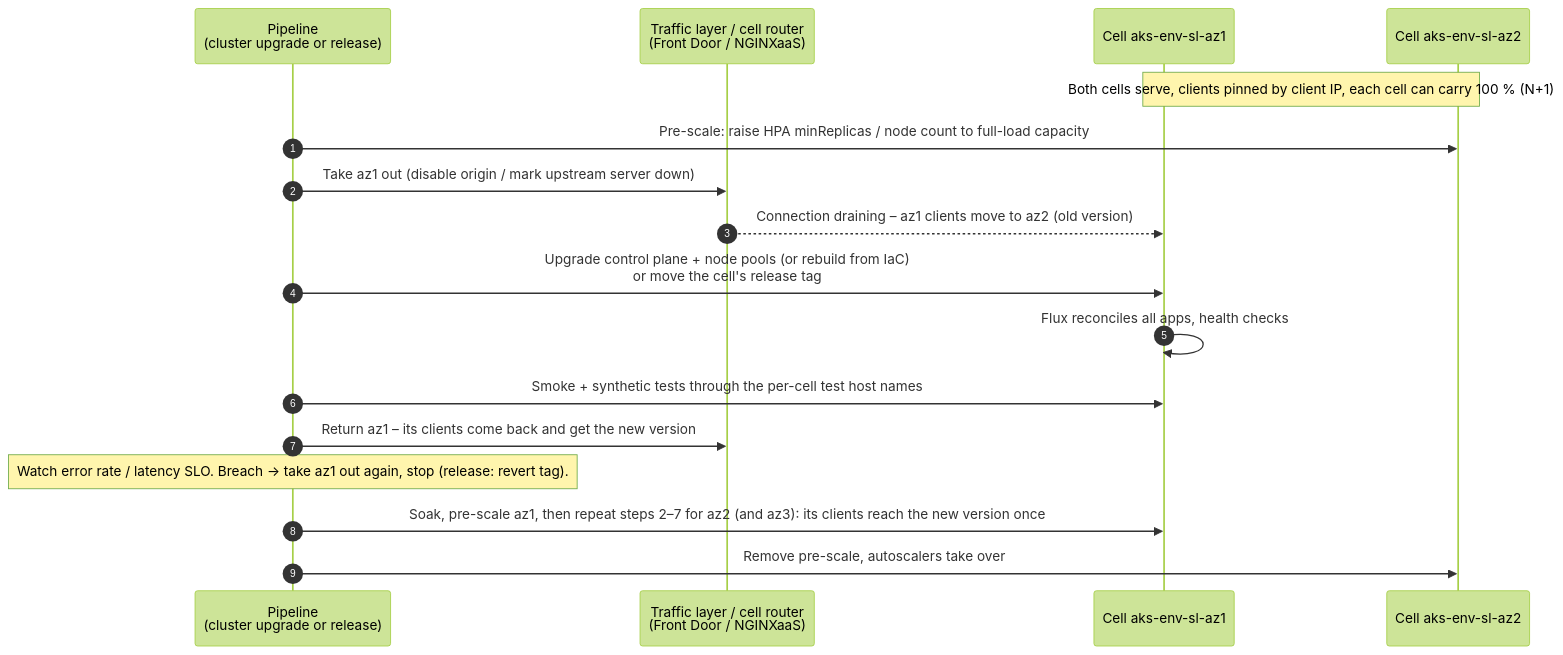
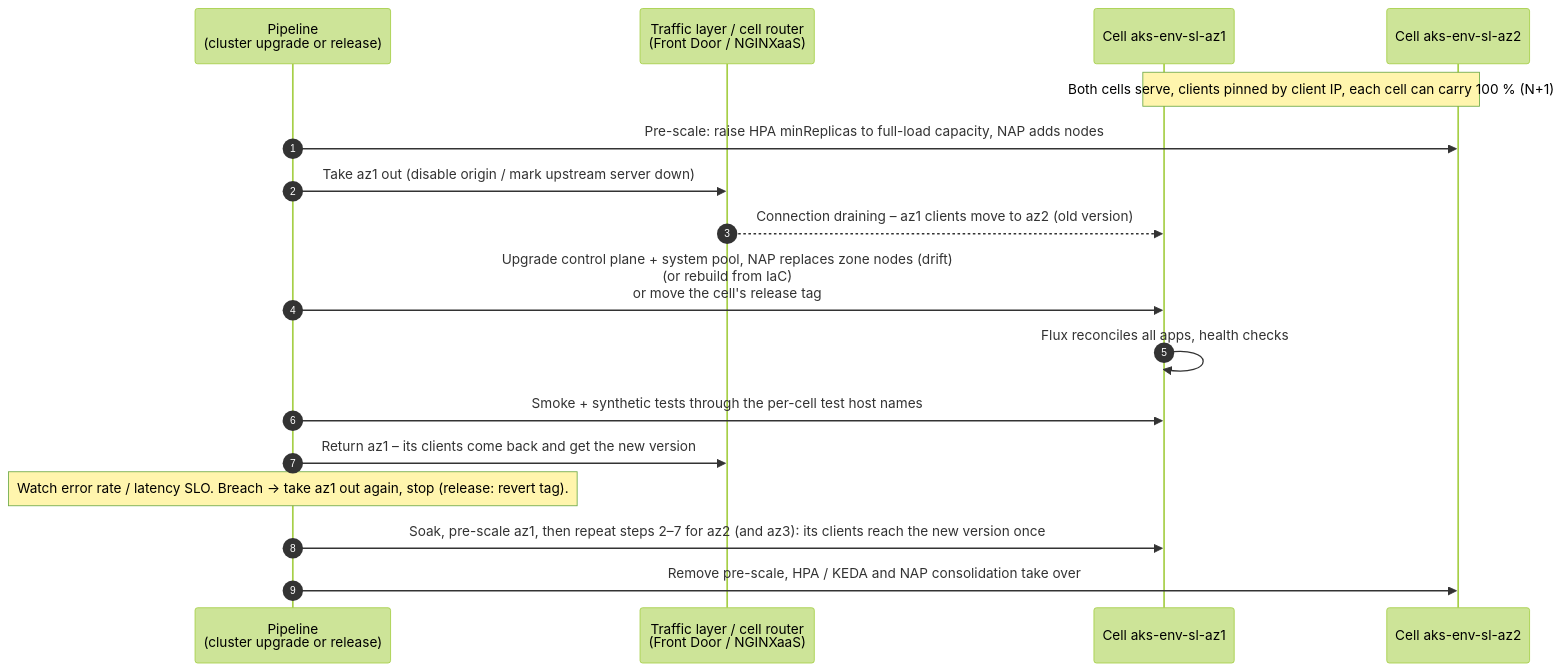
One commit to olljanat-ai/aks-design changed the diagram in diagrams/11-stateless-upgrade.mmd. Above: the diagram before and after it, drawn with Mermaid (forest theme). The commit also changed 12 other files, not shown here.

First line of the commit message:
Use node auto provisioning in stateless clusters, fixed node pools in stateful

```diff
--- a/diagrams/11-stateless-upgrade.mmd
+++ b/diagrams/11-stateless-upgrade.mmd
@@ -1,19 +1,19 @@
 %% Zero-downtime change of the cells (stateless clusters): one cell at a time is drained from the traffic layer,
 %% changed (cluster upgrade, rebuild or application release), verified and put back. Same pipeline in dev, acc, prd.
 sequenceDiagram
     autonumber
     participant P as Pipeline<br/>(cluster upgrade or release)
     participant T as Traffic layer / cell router<br/>(Front Door / NGINXaaS)
     participant A as Cell aks-env-sl-az1
     participant B as Cell aks-env-sl-az2
     Note over A,B: Both cells serve, clients pinned by client IP, each cell can carry 100 % (N+1)
-    P->>B: Pre-scale: raise HPA minReplicas / node count to full-load capacity
+    P->>B: Pre-scale: raise HPA minReplicas to full-load capacity, NAP adds nodes
     P->>T: Take az1 out (disable origin / mark upstream server down)
     T-->>A: Connection draining – az1 clients move to az2 (old version)
-    P->>A: Upgrade control plane + node pools (or rebuild from IaC)<br/>or move the cell's release tag
+    P->>A: Upgrade control plane + system pool, NAP replaces zone nodes (drift)<br/>(or rebuild from IaC)<br/>or move the cell's release tag
     A->>A: Flux reconciles all apps, health checks
     P->>A: Smoke + synthetic tests through the per-cell test host names
     P->>T: Return az1 – its clients come back and get the new version
     Note over P: Watch error rate / latency SLO. Breach → take az1 out again, stop (release: revert tag).
     P->>A: Soak, pre-scale az1, then repeat steps 2–7 for az2 (and az3): its clients reach the new version once
-    P->>B: Remove pre-scale, autoscalers take over
+    P->>B: Remove pre-scale, HPA / KEDA and NAP consolidation take over
```
